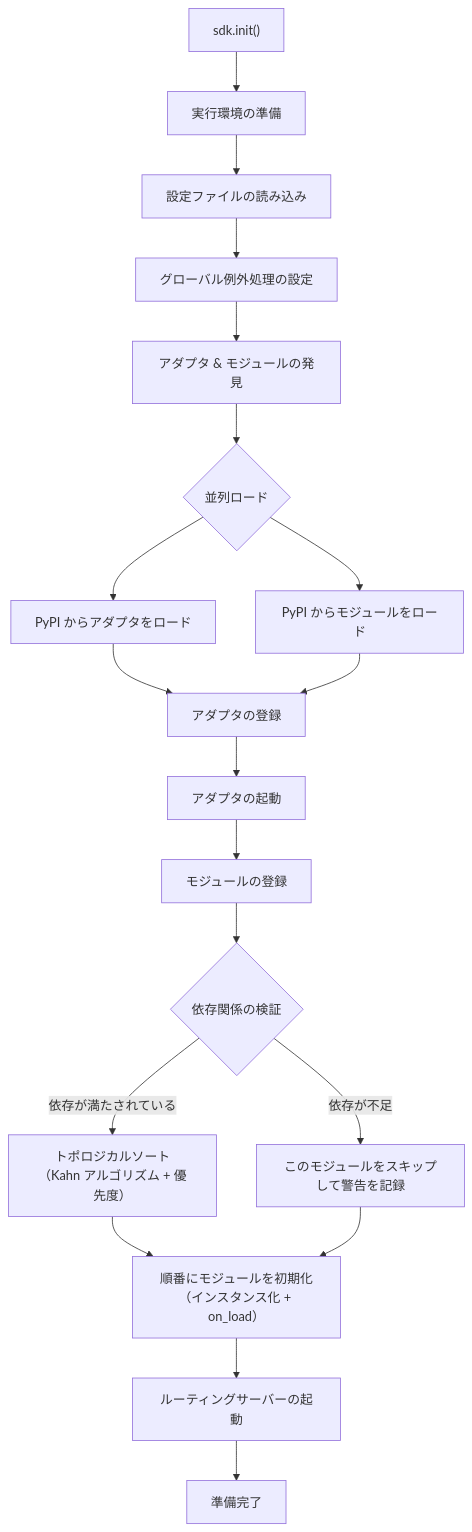
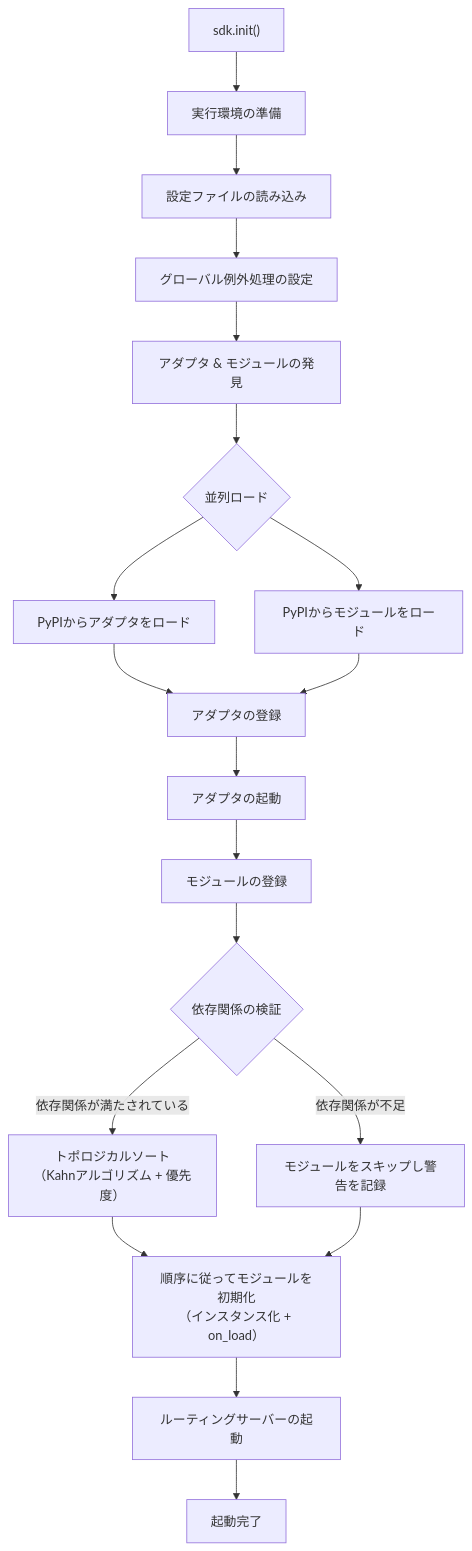
Before and after one commit to ErisPulse/ErisPulse: the second of 9 diagrams in docs/ja/architecture.md, drawn with Mermaid. The commit also changed other lines of this file and 79 other files, not shown here.

````diff
--- a/docs/ja/architecture.md
+++ b/docs/ja/architecture.md
@@ -59,20 +59,20 @@
 ```mermaid
 flowchart TD
     A["sdk.init()"] --> B["実行環境の準備"]
     B --> B1["設定ファイルの読み込み"]
     B1 --> B2["グローバル例外処理の設定"]
     B2 --> C["アダプタ & モジュールの発見"]
     C --> D{"並列ロード"}
-    D --> D1["PyPI からアダプタをロード"]
-    D --> D2["PyPI からモジュールをロード"]
+    D --> D1["PyPIからアダプタをロード"]
+    D --> D2["PyPIからモジュールをロード"]
     D1 & D2 --> E["アダプタの登録"]
     E --> E1["アダプタの起動"]
     E1 --> F["モジュールの登録"]
     F --> F1{"依存関係の検証"}
-    F1 -->|"依存が不足"| F2["このモジュールをスキップして警告を記録"]
-    F1 -->|"依存が満たされている"| F3["トポロジカルソート<br/>（Kahn アルゴリズム + 優先度）"]
-    F3 --> G["順番にモジュールを初期化<br/>（インスタンス化 + on_load）"]
+    F1 -->|"依存関係が不足"| F2["モジュールをスキップし警告を記録"]
+    F1 -->|"依存関係が満たされている"| F3["トポロジカルソート<br/>（Kahnアルゴリズム + 優先度）"]
+    F3 --> G["順序に従ってモジュールを初期化<br/>（インスタンス化 + on_load）"]
     F2 --> G
     G --> H["ルーティングサーバーの起動"]
-    H --> K["準備完了"]
+    H --> K["起動完了"]
 ```
````
